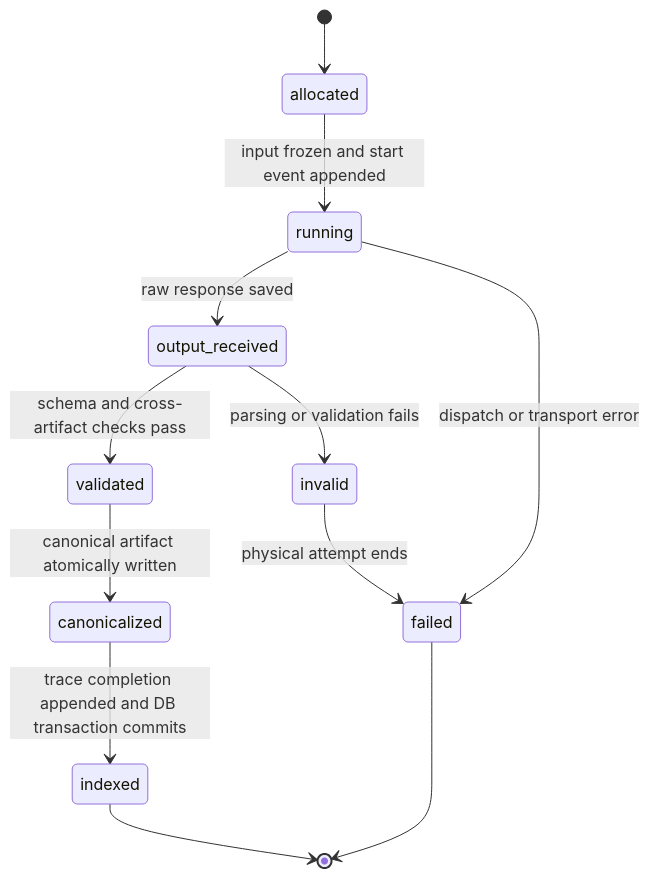
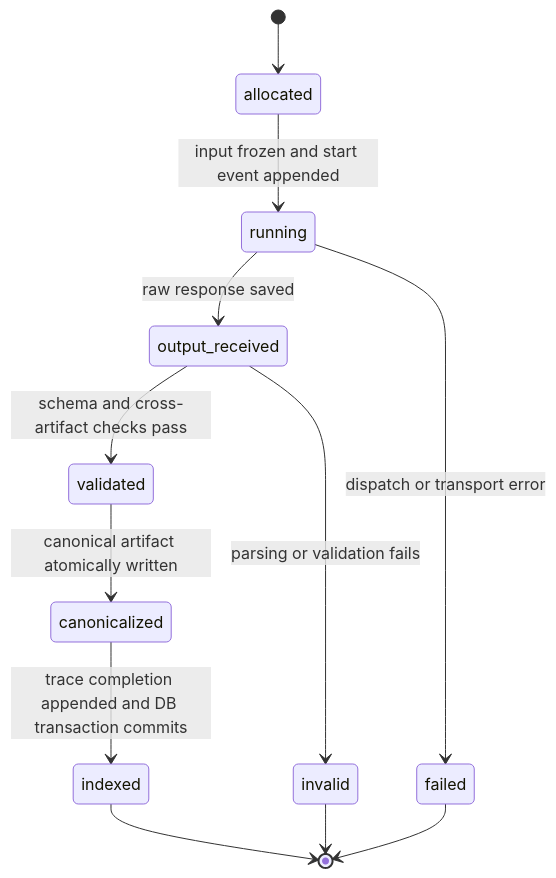
One commit to seiers24/arxiv-triage changed the sixth of 9 diagrams in docs/specs/01-core-investigation-platform.md. Above: the diagram before and after it, drawn with Mermaid. The commit also changed other lines of this file and 32 other files, not shown here.

````diff
--- a/docs/specs/01-core-investigation-platform.md
+++ b/docs/specs/01-core-investigation-platform.md
@@ -600,14 +754,14 @@
 ```mermaid
 stateDiagram-v2
     [*] --> allocated
     allocated --> running: input frozen and start event appended
     running --> output_received: raw response saved
     running --> failed: dispatch or transport error
     output_received --> validated: schema and cross-artifact checks pass
     output_received --> invalid: parsing or validation fails
-    invalid --> failed: physical attempt ends
     validated --> canonicalized: canonical artifact atomically written
     canonicalized --> indexed: trace completion appended and DB transaction commits
     indexed --> [*]
+    invalid --> [*]
     failed --> [*]
 ```
````
